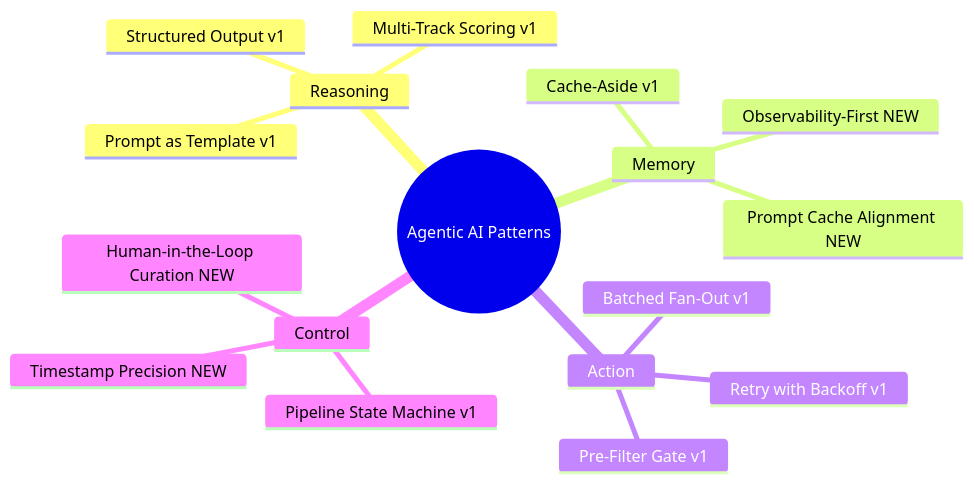
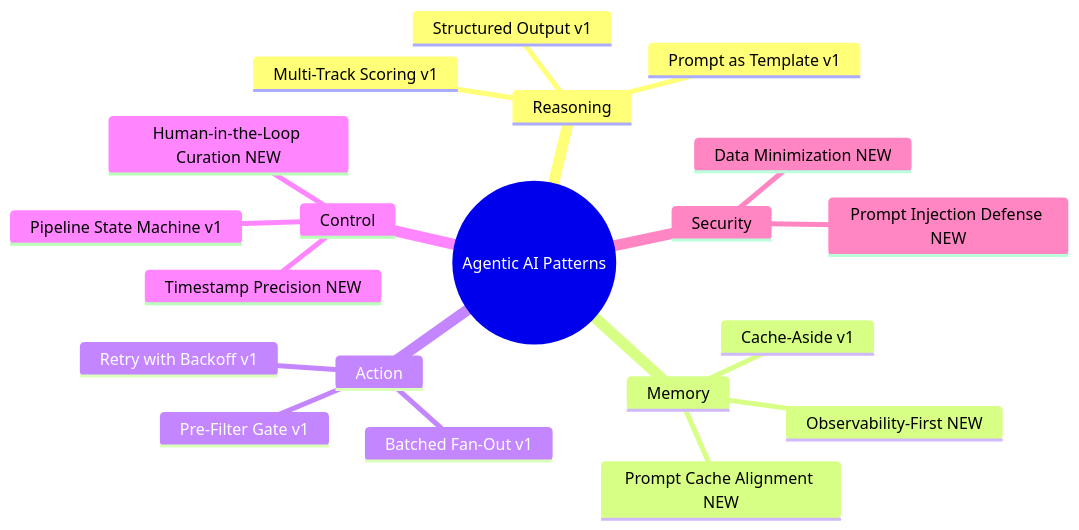
Before and after one commit to suthrams/jobsearchagent-v2: the first of 10 diagrams in docs/blog_draft_patterns_v2.md, drawn with Mermaid. The commit also changed other lines of this file and 3 other files, not shown here.

First line of the commit message:
feat: prompt injection defense, URL validation, data minimization + blog patterns 13-14

````diff
--- a/docs/blog_draft_patterns_v2.md
+++ b/docs/blog_draft_patterns_v2.md
@@ -57,20 +58,23 @@
 ```mermaid
 mindmap
   root((Agentic AI Patterns))
     Reasoning
       Structured Output v1
       Multi-Track Scoring v1
       Prompt as Template v1
     Memory
       Cache-Aside v1
       Prompt Cache Alignment NEW
       Observability-First NEW
     Action
       Batched Fan-Out v1
       Retry with Backoff v1
       Pre-Filter Gate v1
     Control
       Pipeline State Machine v1
       Human-in-the-Loop Curation NEW
       Timestamp Precision NEW
+    Security
+      Prompt Injection Defense NEW
+      Data Minimization NEW
 ```
````
